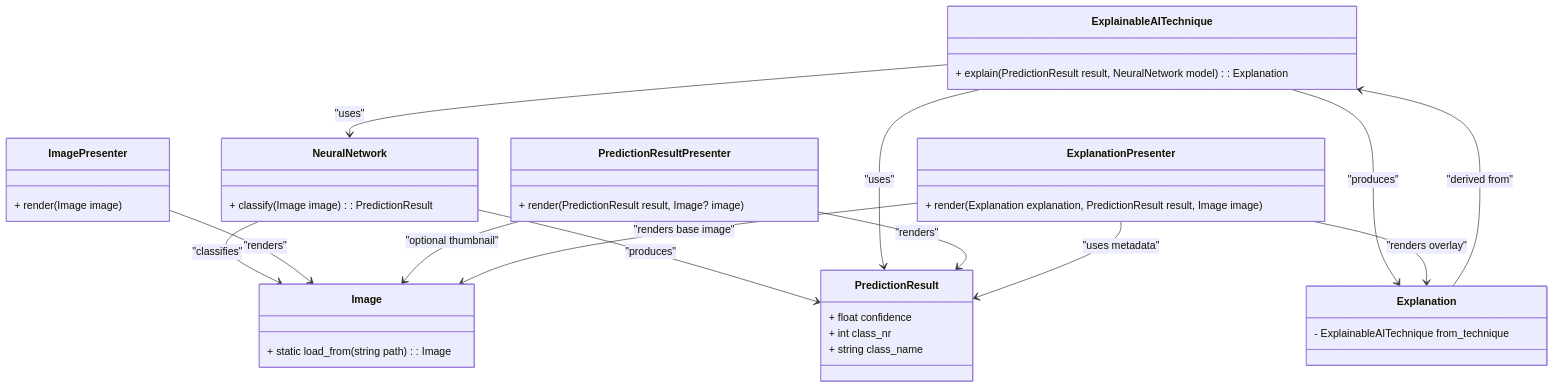
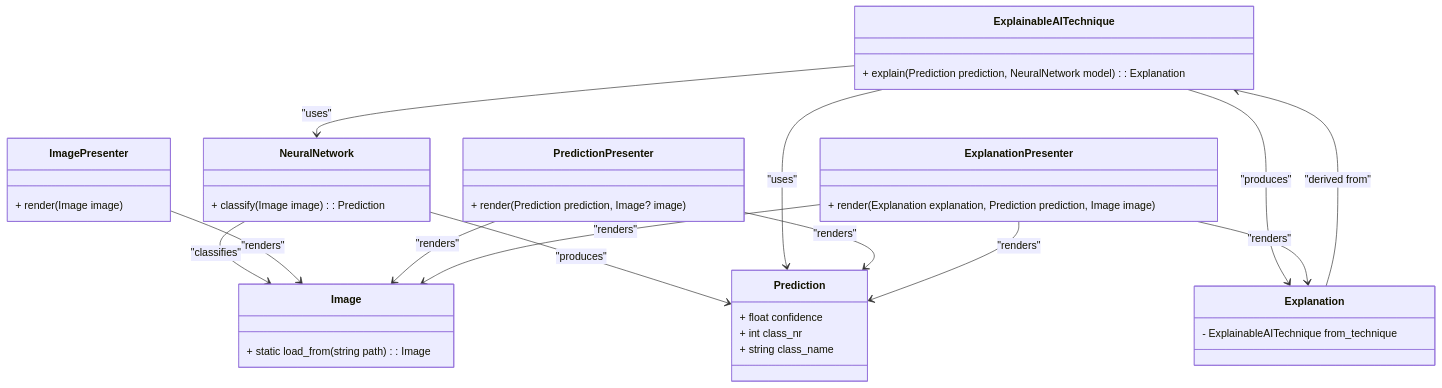
Before and after one commit to GermainGirndt/visual-explanaible-ai: the second of 3 diagrams in documentation/01_static_and_dynamic_models.md, drawn with Mermaid. The commit also changed other lines of this file, not shown here.

Commit message:
Refactor terminology from "PredictionResult" to "Prediction" in class diagrams and sequence diagrams for consistency

````diff
--- a/documentation/01_static_and_dynamic_models.md
+++ b/documentation/01_static_and_dynamic_models.md
@@ -111,67 +111,67 @@
 ```mermaid
 classDiagram
 %% --------------------
 %% Model Layer
 %% --------------------
 class Image {
     + static load_from(string path): Image
 }
 
 class NeuralNetwork {
-    + classify(Image image): PredictionResult
+    + classify(Image image): Prediction
 }
 
-class PredictionResult {
+class Prediction {
     + float confidence
     + int class_nr
     + string class_name
 }
 
 class ExplainableAITechnique {
-    + explain(PredictionResult result, NeuralNetwork model): Explanation
+    + explain(Prediction prediction, NeuralNetwork model): Explanation
 }
 
 class Explanation {
     - ExplainableAITechnique from_technique
 }
 
 %% --------------------
 %% View Layer (Separate Web Pages)
 %% --------------------
 class ImagePresenter {
     + render(Image image)
 }
 
-class PredictionResultPresenter {
-    + render(PredictionResult result, Image? image)
+class PredictionPresenter {
+    + render(Prediction prediction, Image? image)
 }
 
 class ExplanationPresenter {
-    + render(Explanation explanation, PredictionResult result, Image image)
+    + render(Explanation explanation, Prediction prediction, Image image)
 }
 
 %% --------------------
 %% Relationships (Models)
 %% --------------------
 NeuralNetwork --> Image : "classifies"
-NeuralNetwork --> PredictionResult : "produces"
+NeuralNetwork --> Prediction : "produces"
 
 ExplainableAITechnique --> NeuralNetwork : "uses"
-ExplainableAITechnique --> PredictionResult : "uses"
+ExplainableAITechnique --> Prediction : "uses"
 ExplainableAITechnique --> Explanation : "produces"
 
 Explanation --> ExplainableAITechnique : "derived from"
 
 %% --------------------
 %% Relationships (Views)
 %% --------------------
 ImagePresenter --> Image : "renders"
 
-PredictionResultPresenter --> PredictionResult : "renders"
-PredictionResultPresenter --> Image : "optional thumbnail"
+PredictionPresenter --> Prediction : "renders"
+PredictionPresenter --> Image : "renders"
 
-ExplanationPresenter --> Explanation : "renders overlay"
-ExplanationPresenter --> PredictionResult : "uses metadata"
-ExplanationPresenter --> Image : "renders base image"
+ExplanationPresenter --> Explanation : "renders"
+ExplanationPresenter --> Prediction : "renders"
+ExplanationPresenter --> Image : "renders"
 
 ```
````
